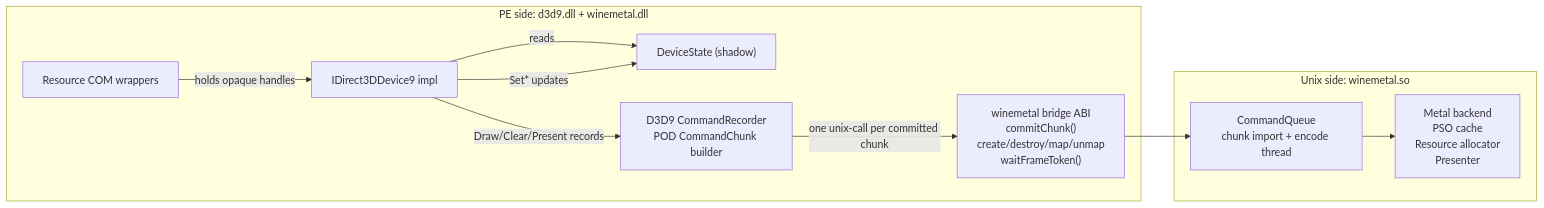
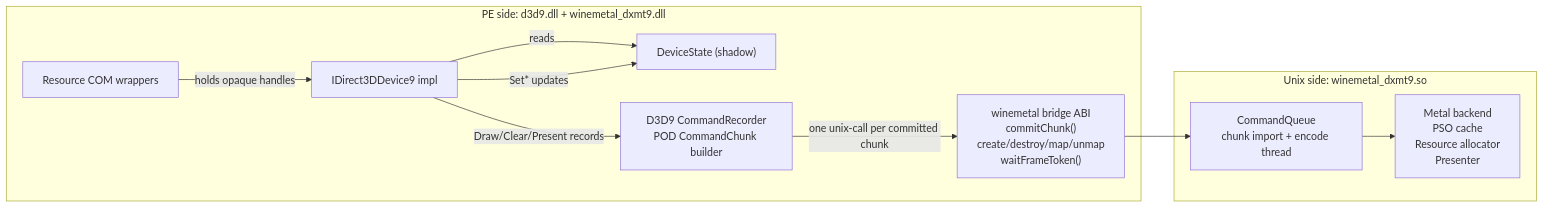
Before and after one commit to dfdgsdfg/dxmt9: the second of 10 diagrams in specs/d3d9/spec.md, drawn with Mermaid. The commit also changed other lines of this file and 64 other files, not shown here.

````diff
--- a/specs/d3d9/spec.md
+++ b/specs/d3d9/spec.md
@@ -236,23 +236,23 @@
 ```mermaid
 graph LR
-    subgraph PE["PE side: d3d9.dll + winemetal.dll"]
+    subgraph PE["PE side: d3d9.dll + winemetal_dxmt9.dll"]
         DEV["IDirect3DDevice9 impl"]
         STATE["DeviceState (shadow)"]
         RES["Resource COM wrappers"]
         REC["D3D9 CommandRecorder\nPOD CommandChunk builder"]
         BRIDGE["winemetal bridge ABI\ncommitChunk()\ncreate/destroy/map/unmap\nwaitFrameToken()"]
     end
 
-    subgraph Unix["Unix side: winemetal.so"]
+    subgraph Unix["Unix side: winemetal_dxmt9.so"]
         CQ["CommandQueue\nchunk import + encode thread"]
         MTL["Metal backend\nPSO cache\nResource allocator\nPresenter"]
     end
 
     DEV -->|reads| STATE
     DEV -->|Set* updates| STATE
     DEV -->|Draw/Clear/Present records| REC
     RES -->|holds opaque handles| DEV
     REC -->|one unix-call per committed chunk| BRIDGE
     BRIDGE --> CQ
     CQ --> MTL
 ```
````
